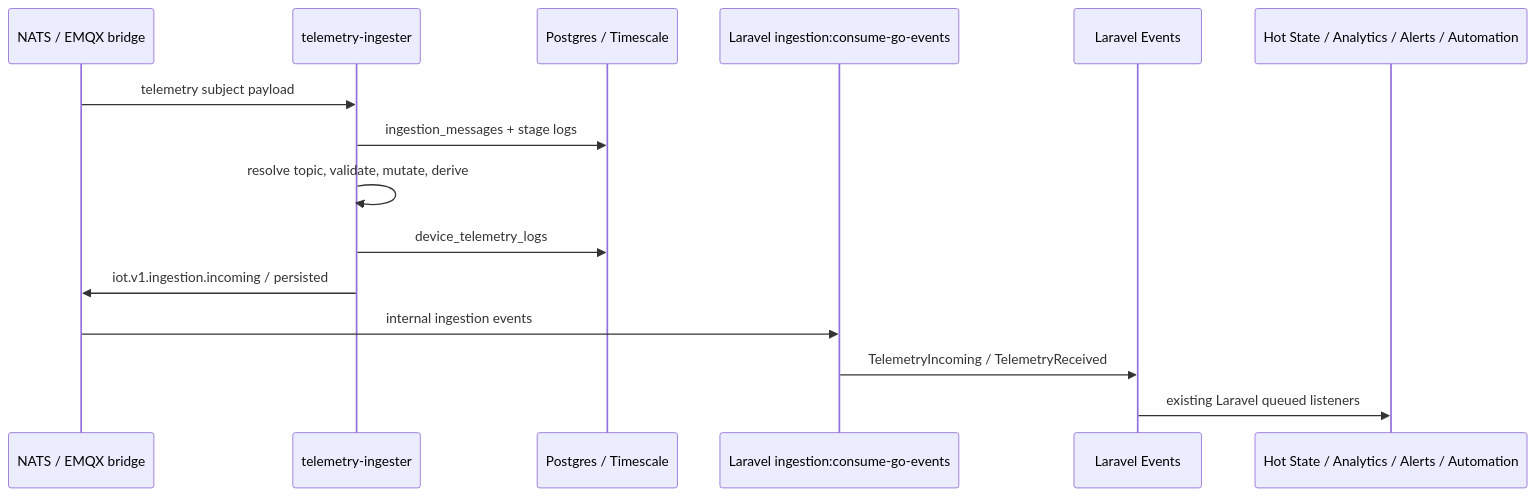
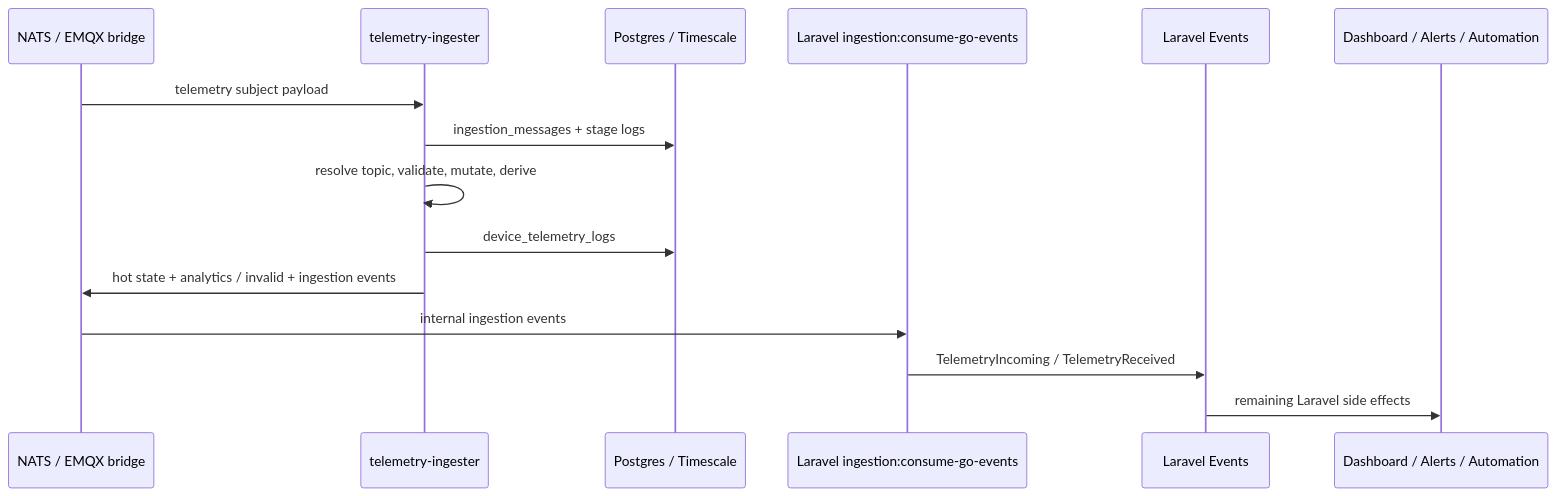
One commit to Althinect/iot-portal changed the diagram in docs/data-ingestion/01-overview.md. Above: the diagram before and after it, drawn with Mermaid. The commit also changed other lines of this file and 22 other files, not shown here.

Commit message:
Move telemetry data-plane side effects to Go

````diff
--- a/docs/data-ingestion/01-overview.md
+++ b/docs/data-ingestion/01-overview.md
@@ -33,18 +34,18 @@
 ```mermaid
 sequenceDiagram
     participant NATS as NATS / EMQX bridge
     participant Go as telemetry-ingester
     participant DB as Postgres / Timescale
     participant Bridge as Laravel ingestion:consume-go-events
     participant Events as Laravel Events
-    participant SideFx as Hot State / Analytics / Alerts / Automation
+    participant SideFx as Dashboard / Alerts / Automation
 
     NATS->>Go: telemetry subject payload
     Go->>DB: ingestion_messages + stage logs
     Go->>Go: resolve topic, validate, mutate, derive
     Go->>DB: device_telemetry_logs
-    Go->>NATS: iot.v1.ingestion.incoming / persisted
+    Go->>NATS: hot state + analytics / invalid + ingestion events
     NATS->>Bridge: internal ingestion events
     Bridge->>Events: TelemetryIncoming / TelemetryReceived
-    Events->>SideFx: existing Laravel queued listeners
+    Events->>SideFx: remaining Laravel side effects
 ```
````
